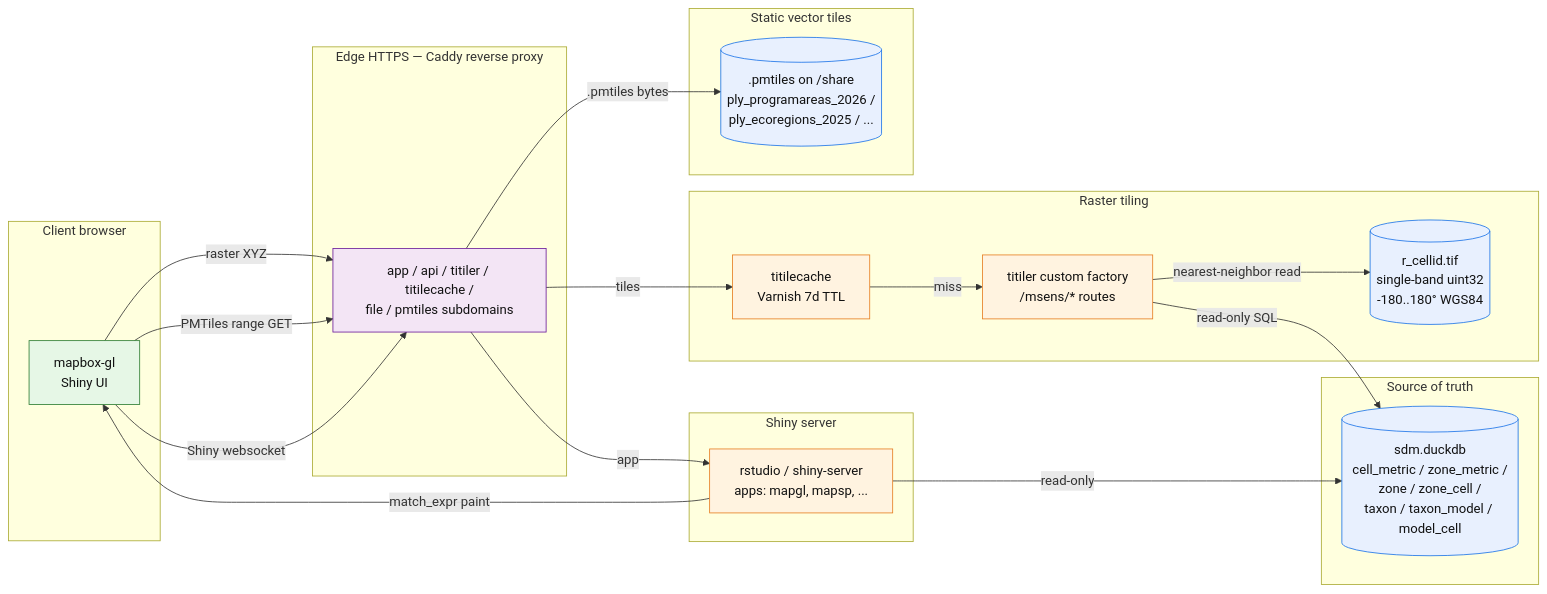
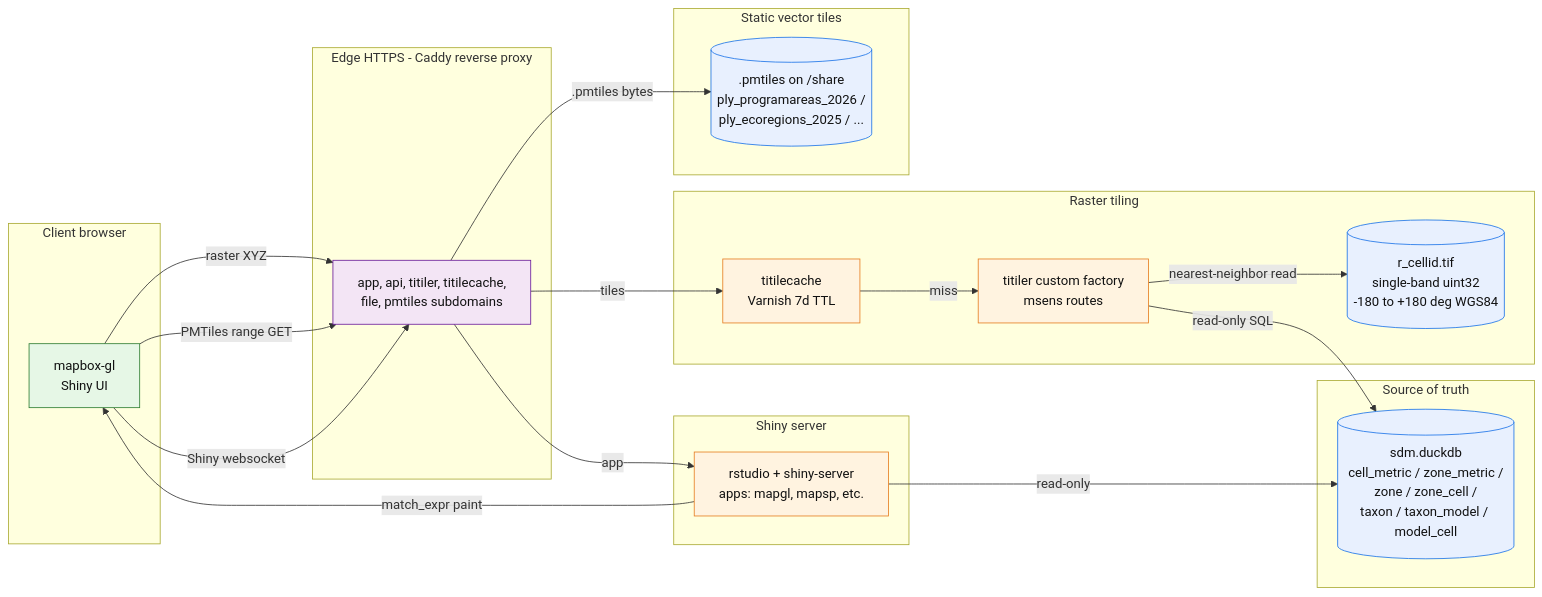
Before and after one commit to MarineSensitivity/docs: the diagram in diagrams/architecture.mmd, drawn with Mermaid. The commit also changed 3 other files, not shown here.

First line of the commit message:
Fix Quarto render hang: mermaid sequence-diagram parser chokes on semicolons in Note over text

```diff
--- a/diagrams/architecture.mmd
+++ b/diagrams/architecture.mmd
@@ -1,45 +1,45 @@
 flowchart LR
   classDef store   fill:#e8f0fe,stroke:#1a73e8,color:#111;
   classDef svc     fill:#fff3e0,stroke:#e67e22,color:#111;
   classDef client  fill:#e6f7e6,stroke:#2e7d32,color:#111;
   classDef edge    fill:#f3e5f5,stroke:#6a1b9a,color:#111;
 
   subgraph client_grp[Client browser]
     Mapbox[mapbox-gl<br/>Shiny UI]:::client
   end
 
-  subgraph edge_grp[Edge HTTPS — Caddy reverse proxy]
-    Caddy[app / api / titiler / titilecache /<br/>file / pmtiles subdomains]:::edge
+  subgraph edge_grp[Edge HTTPS - Caddy reverse proxy]
+    Caddy[app, api, titiler, titilecache,<br/>file, pmtiles subdomains]:::edge
   end
 
   subgraph app_grp[Shiny server]
-    Shiny[rstudio / shiny-server<br/>apps: mapgl, mapsp, ...]:::svc
+    Shiny[rstudio + shiny-server<br/>apps: mapgl, mapsp, etc.]:::svc
   end
 
   subgraph tile_grp[Raster tiling]
     Varnish[titilecache<br/>Varnish 7d TTL]:::svc
-    TiTiler[titiler custom factory<br/>/msens/* routes]:::svc
-    CellIdCOG[(r_cellid.tif<br/>single-band uint32<br/>-180..180° WGS84)]:::store
+    TiTiler[titiler custom factory<br/>msens routes]:::svc
+    CellIdCOG[(r_cellid.tif<br/>single-band uint32<br/>-180 to +180 deg WGS84)]:::store
   end
 
   subgraph data_grp[Source of truth]
     DuckDB[(sdm.duckdb<br/>cell_metric / zone_metric /<br/>zone / zone_cell /<br/>taxon / taxon_model / model_cell)]:::store
   end
 
   subgraph static_grp[Static vector tiles]
     PMTiles[(.pmtiles on /share<br/>ply_programareas_2026 /<br/>ply_ecoregions_2025 / ...)]:::store
   end
 
   Mapbox -- raster XYZ --> Caddy
   Mapbox -- PMTiles range GET --> Caddy
   Mapbox -- Shiny websocket --> Caddy
   Caddy  -- tiles --> Varnish
   Caddy  -- .pmtiles bytes --> PMTiles
   Caddy  -- app --> Shiny
   Varnish -- miss --> TiTiler
   TiTiler -- read-only SQL --> DuckDB
   TiTiler -- nearest-neighbor read --> CellIdCOG
   Shiny   -- read-only --> DuckDB
   Shiny   -- match_expr paint --> Mapbox
 
 %% mmdc -i diagrams/architecture.mmd --theme default --backgroundColor transparent --scale 8 -o diagrams/architecture.png
```
